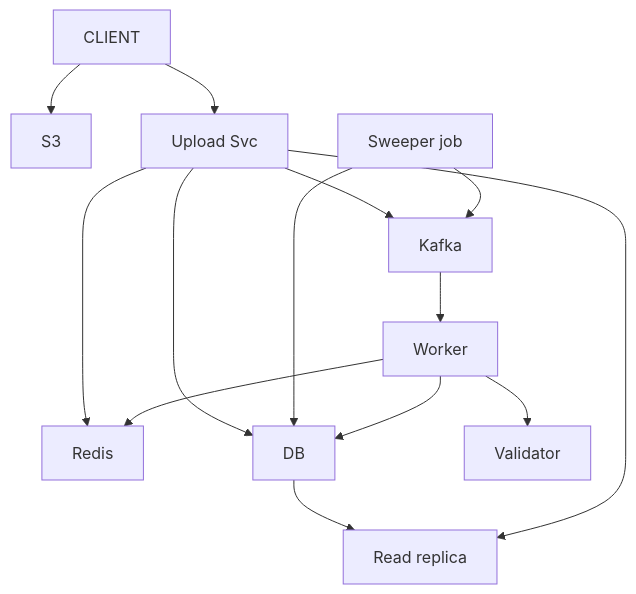
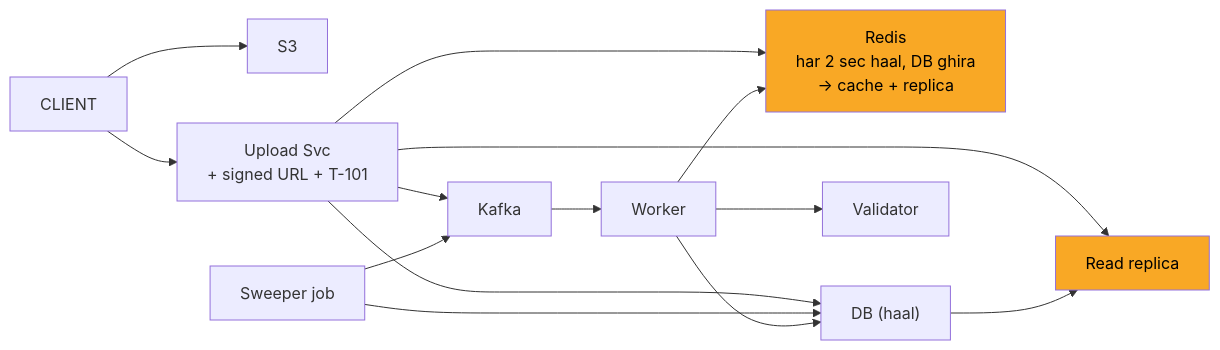
Before and after one commit to ArpanMaheshwari144/Prep: the sixth of 11 diagrams in 04_HLD/SYSTEM_DESIGNS/07_file_upload_validate_system/07_file_upload_INTERVIEW.md, drawn with Mermaid. The commit also changed other lines of this file and 2 other files, not shown here.

Commit message:
notification, payment, file upload: one-day story, short cards, follow-ups with rules, highlighted diagrams

````diff
--- a/04_HLD/SYSTEM_DESIGNS/07_file_upload_validate_system/07_file_upload_INTERVIEW.md
+++ b/04_HLD/SYSTEM_DESIGNS/07_file_upload_validate_system/07_file_upload_INTERVIEW.md
@@ -233,26 +237,28 @@
 ```mermaid
-flowchart TD
+flowchart LR
     n_CLIENT["CLIENT"]
     n_S3["S3"]
-    n_Upload_Svc["Upload Svc"]
-    n_Redis["Redis"]
-    n_DB["DB"]
+    n_Upload_Svc["Upload Svc<br/>+ signed URL + T-101"]
+    n_Redis["Redis<br/>har 2 sec haal, DB ghira<br/>-> cache + replica"]
+    n_DB["DB (haal)"]
     n_Read_replica["Read replica"]
     n_Sweeper_job["Sweeper job"]
     n_Kafka["Kafka"]
     n_Worker["Worker"]
     n_Validator["Validator"]
     n_CLIENT --> n_S3
     n_CLIENT --> n_Upload_Svc
     n_Upload_Svc --> n_Redis
     n_Upload_Svc --> n_DB
+    n_Upload_Svc --> n_Read_replica
+    n_DB --> n_Read_replica
     n_Upload_Svc --> n_Kafka
-    n_DB --> n_Read_replica
     n_Sweeper_job --> n_DB
+    n_Sweeper_job --> n_Kafka
     n_Kafka --> n_Worker
     n_Worker --> n_Validator
     n_Worker --> n_DB
     n_Worker --> n_Redis
-    n_Upload_Svc --> n_Read_replica
-    n_Sweeper_job --> n_Kafka
+    style n_Redis fill:#f9a825,color:#000
+    style n_Read_replica fill:#f9a825,color:#000
 ```
````
